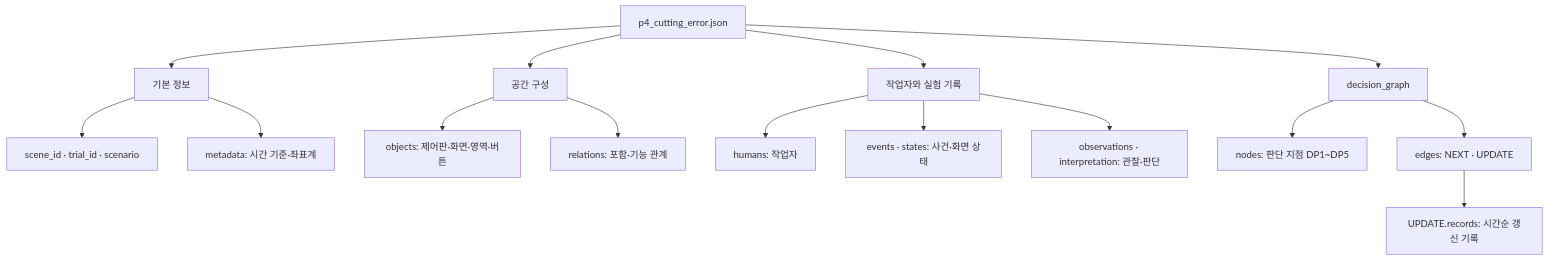
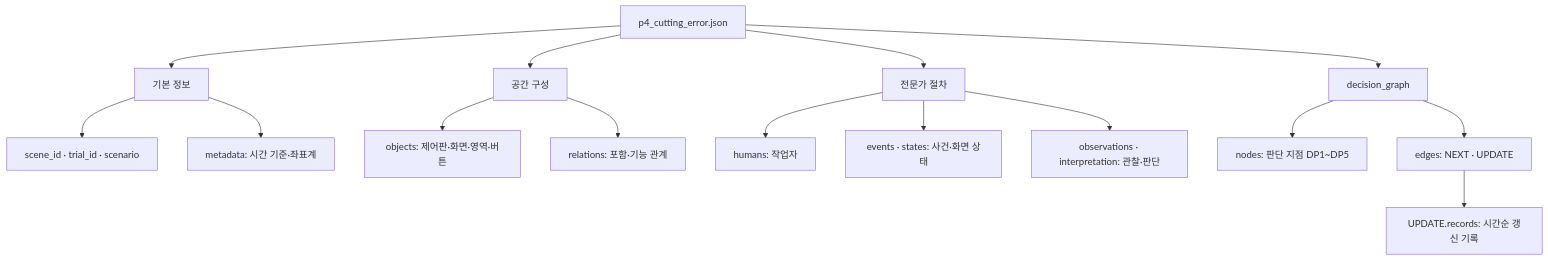
The first of 3 diagrams in README.md (ejshin0204/xrmemory-scenegraph), drawn with Mermaid before and after one commit. The commit also changed other lines of this file, not shown here.

````diff
--- a/README.md
+++ b/README.md
@@ -9,18 +11,18 @@
 ```mermaid
 flowchart TD
     J["p4_cutting_error.json"]
     J --> A["기본 정보"]
     A --> A1["scene_id · trial_id · scenario"]
     A --> A2["metadata: 시간 기준·좌표계"]
     J --> B["공간 구성"]
     B --> B1["objects: 제어판·화면·영역·버튼"]
     B --> B2["relations: 포함·기능 관계"]
-    J --> C["작업자와 실험 기록"]
+    J --> C["전문가 절차"]
     C --> C1["humans: 작업자"]
     C --> C2["events · states: 사건·화면 상태"]
     C --> C3["observations · interpretation: 관찰·판단"]
     J --> D["decision_graph"]
     D --> D1["nodes: 판단 지점 DP1~DP5"]
     D --> D2["edges: NEXT · UPDATE"]
     D2 --> D3["UPDATE.records: 시간순 갱신 기록"]
 ```
````
